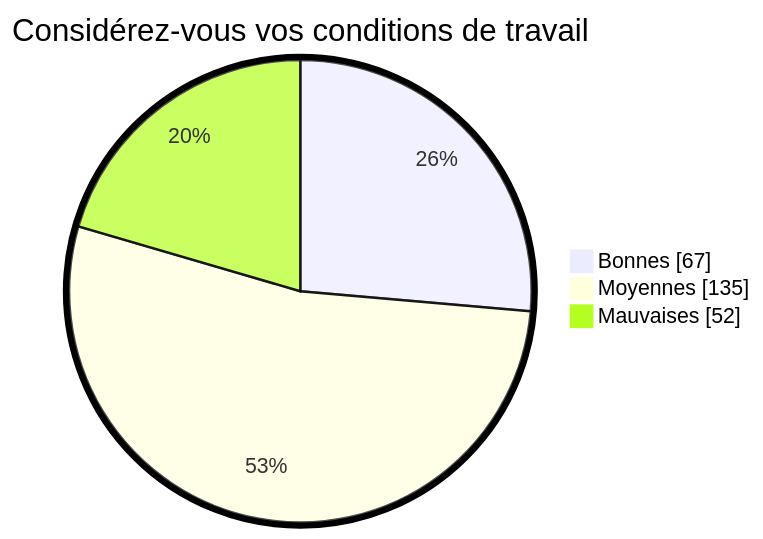
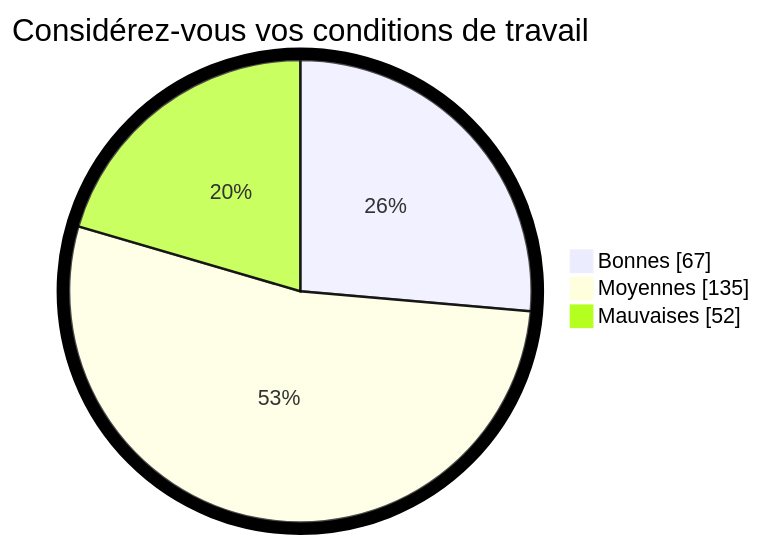
The third of 3 diagrams in content/english/pages/elements.md (MadMaxTest-afk/hugoplate), drawn with Mermaid before and after one commit.

````diff
--- a/content/english/pages/elements.md
+++ b/content/english/pages/elements.md
@@ -261,10 +261,10 @@
 ```mermaid
-%%{init: {"pie": {"textPosition": 0.8}, "themeVariables": {"pieOuterStrokeWidth": "5px"}} }%%
+%%{init: {"pie": {"textPosition": 0.5}, "themeVariables": {"pieOuterStrokeWidth": "10px"}} }%%
 pie showData
     title Considérez-vous vos conditions de travail
     "Bonnes" : 67
     "Moyennes" : 135
     "Mauvaises" : 52
     
 
 ```
````
